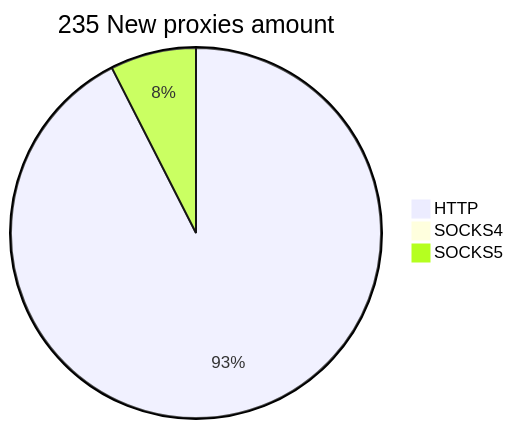
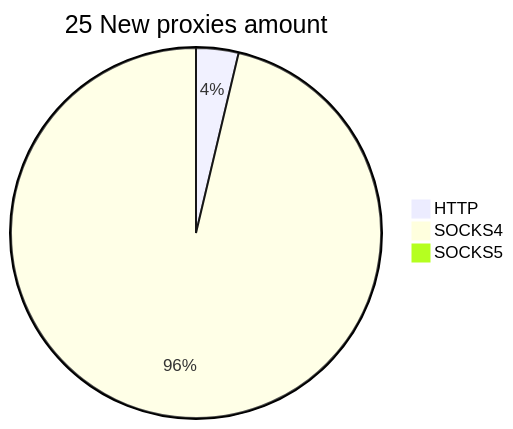
The second of 2 diagrams in README.md (cutipu/proxylist), drawn with Mermaid before and after one commit. The commit also changed other lines of this file, not shown here.

````diff
--- a/README.md
+++ b/README.md
@@ -10,6 +10,6 @@
 ```mermaid
-pie title 235 New proxies amount
-    "HTTP" : 222
-    "SOCKS4" : 0
-    "SOCKS5" : 18
+pie title 25 New proxies amount
+    "HTTP" : 1
+    "SOCKS4" : 26
+    "SOCKS5" : 0
 ```
````
